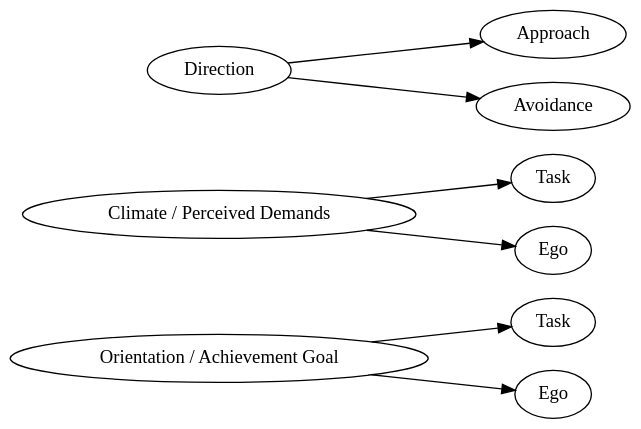
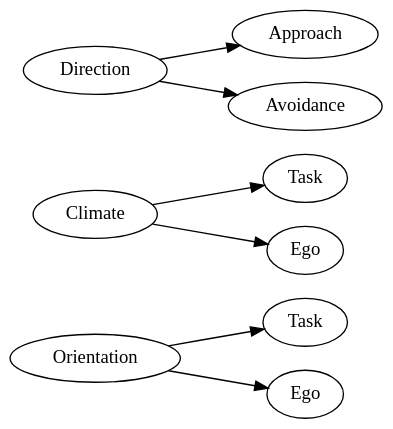
One commit to GermanoGallicchio/learning changed the seventh of 8 diagrams in JXHC_1055/02.qmd. Above: the diagram before and after it, drawn with Graphviz. The commit also changed other lines of this file, not shown here.

````diff
--- a/JXHC_1055/02.qmd
+++ b/JXHC_1055/02.qmd
@@ -543,28 +592,28 @@
 ```{dot}
 //| fig-width: 7
 digraph G {
     rankdir=LR;
     bgcolor="transparent";
 
-    Orientation [label="Orientation / Achievement Goal"];
-    Climate [label="Climate / Perceived Demands"];
+    Orientation [label="Orientation"];
+    Climate [label="Climate"];
     Direction [label="Direction"];
 
     D1 [label="Task"];
     D2 [label="Ego"];
     E1 [label="Task"];
     E2 [label="Ego"];
     F1 [label="Approach"];
     F2 [label="Avoidance"];
 
 
     Orientation -> D1;
     Orientation -> D2;
 
     Climate -> E1;
     Climate -> E2;
 
     Direction -> F1;
     Direction -> F2;
 }
 ```
````
